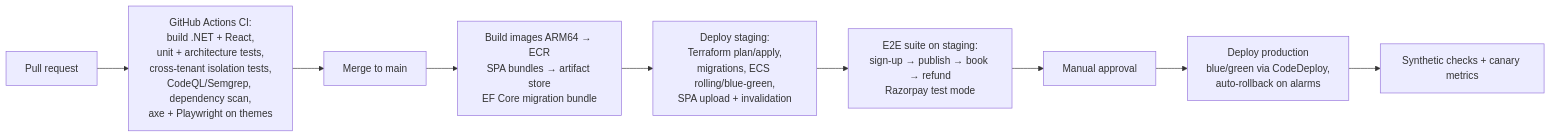
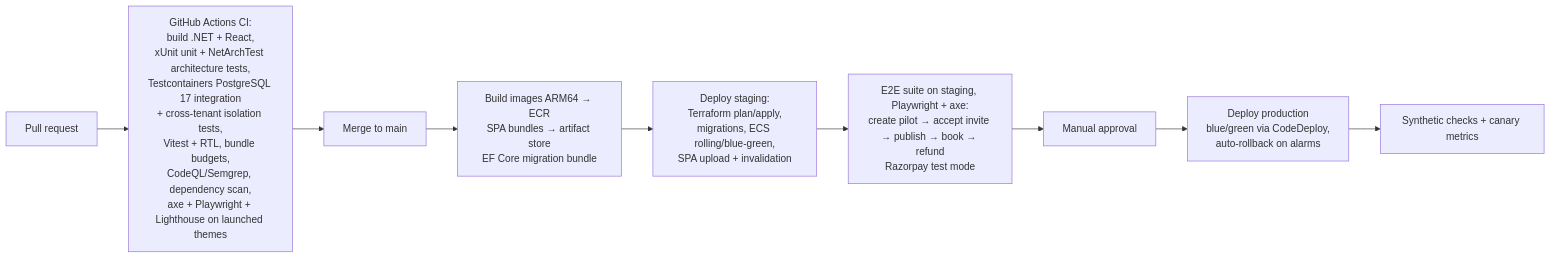
The fifth of 5 diagrams in docs/requirements/08-architecture.md (mathsyagiri-scrimpify/Cowos), drawn with Mermaid before and after one commit. The commit also changed other lines of this file and 27 other files, not shown here.

````diff
--- a/docs/requirements/08-architecture.md
+++ b/docs/requirements/08-architecture.md
@@ -339,11 +377,11 @@
 ```mermaid
 flowchart LR
-    PR[Pull request] --> CI[GitHub Actions CI:<br/>build .NET + React,<br/>unit + architecture tests,<br/>cross-tenant isolation tests,<br/>CodeQL/Semgrep, dependency scan,<br/>axe + Playwright on themes]
+    PR[Pull request] --> CI[GitHub Actions CI:<br/>build .NET + React,<br/>xUnit unit + NetArchTest architecture tests,<br/>Testcontainers PostgreSQL 17 integration<br/>+ cross-tenant isolation tests,<br/>Vitest + RTL, bundle budgets,<br/>CodeQL/Semgrep, dependency scan,<br/>axe + Playwright + Lighthouse on launched themes]
     CI --> M[Merge to main]
     M --> B[Build images ARM64 → ECR<br/>SPA bundles → artifact store<br/>EF Core migration bundle]
     B --> ST[Deploy staging:<br/>Terraform plan/apply,<br/>migrations, ECS rolling/blue-green,<br/>SPA upload + invalidation]
-    ST --> E2E[E2E suite on staging:<br/>sign-up → publish → book → refund<br/>Razorpay test mode]
+    ST --> E2E[E2E suite on staging, Playwright + axe:<br/>create pilot → accept invite → publish → book → refund<br/>Razorpay test mode]
     E2E --> AP[Manual approval]
     AP --> PR2[Deploy production<br/>blue/green via CodeDeploy,<br/>auto-rollback on alarms]
     PR2 --> SM[Synthetic checks + canary metrics]
 ```
````
